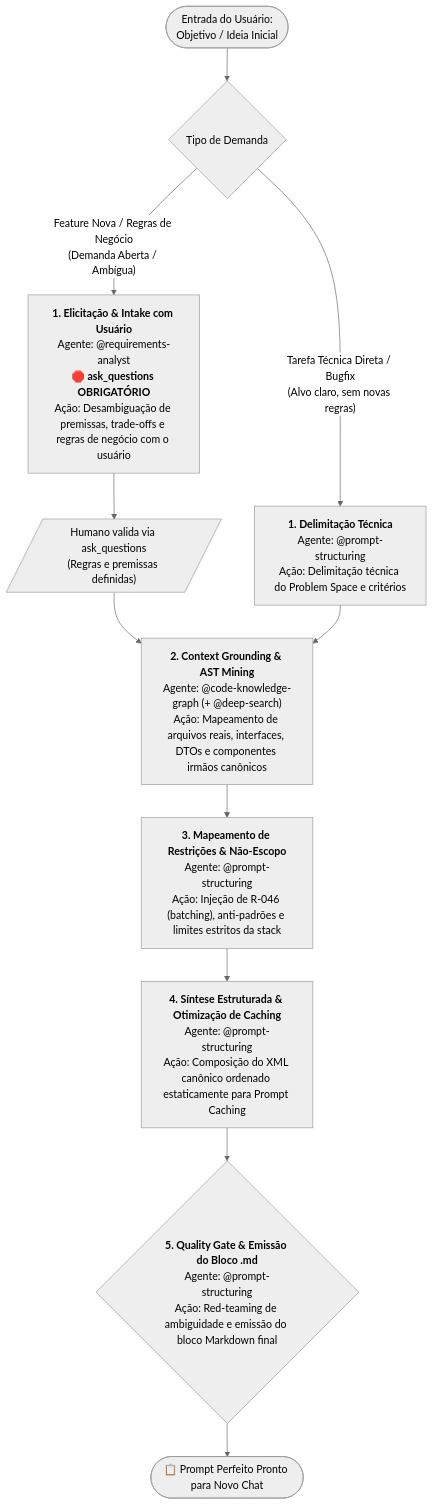
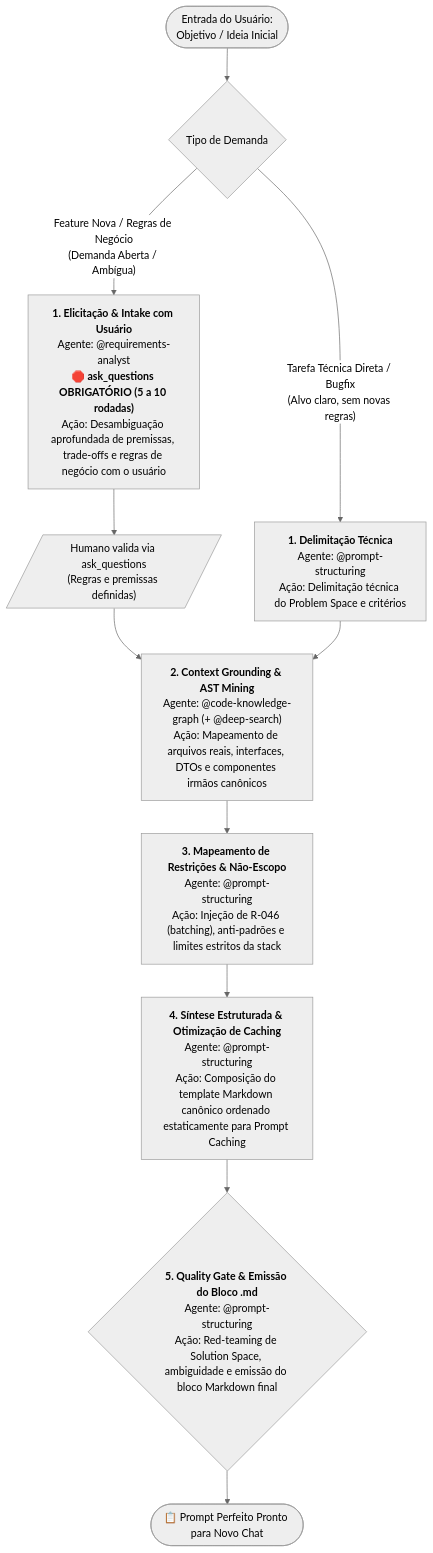
Diagram 11 of 12 in .github/agents/workflows.md (jezreel8858/deep-agents-copilot), drawn with Mermaid (neutral theme) before and after one commit. The commit also changed other lines of this file and 23 other files, not shown here.

````diff
--- a/.github/agents/workflows.md
+++ b/.github/agents/workflows.md
@@ -1030,21 +1030,21 @@
 ```mermaid
 flowchart TD
     Start(["Entrada do Usuário:<br/>Objetivo / Ideia Inicial"]) --> CheckType{"Tipo de Demanda"}
 
-    CheckType -- "Feature Nova / Regras de Negócio<br/>(Demanda Aberta / Ambígua)" --> S1_Req["<b>1. Elicitação & Intake com Usuário</b><br/>Agente: @requirements-analyst<br/>🛑 <b>ask_questions OBRIGATÓRIO</b><br/>Ação: Desambiguação de premissas, trade-offs e regras de negócio com o usuário"]
+    CheckType -- "Feature Nova / Regras de Negócio<br/>(Demanda Aberta / Ambígua)" --> S1_Req["<b>1. Elicitação & Intake com Usuário</b><br/>Agente: @requirements-analyst<br/>🛑 <b>ask_questions OBRIGATÓRIO (5 a 10 rodadas)</b><br/>Ação: Desambiguação aprofundada de premissas, trade-offs e regras de negócio com o usuário"]
 
     CheckType -- "Tarefa Técnica Direta / Bugfix<br/>(Alvo claro, sem novas regras)" --> S1_Tech["<b>1. Delimitação Técnica</b><br/>Agente: @prompt-structuring<br/>Ação: Delimitação técnica do Problem Space e critérios"]
 
     S1_Req --> UserInput[/"Humano valida via ask_questions<br/>(Regras e premissas definidas)"/]
     UserInput --> S2
 
     S1_Tech --> S2["<b>2. Context Grounding & AST Mining</b><br/>Agente: @code-knowledge-graph (+ @deep-search)<br/>Ação: Mapeamento de arquivos reais, interfaces, DTOs e componentes irmãos canônicos"]
 
     S2 --> S3["<b>3. Mapeamento de Restrições & Não-Escopo</b><br/>Agente: @prompt-structuring<br/>Ação: Injeção de R-046 (batching), anti-padrões e limites estritos da stack"]
 
-    S3 --> S4["<b>4. Síntese Estruturada & Otimização de Caching</b><br/>Agente: @prompt-structuring<br/>Ação: Composição do XML canônico ordenado estaticamente para Prompt Caching"]
+    S3 --> S4["<b>4. Síntese Estruturada & Otimização de Caching</b><br/>Agente: @prompt-structuring<br/>Ação: Composição do template Markdown canônico ordenado estaticamente para Prompt Caching"]
 
-    S4 --> S5{"<b>5. Quality Gate & Emissão do Bloco .md</b><br/>Agente: @prompt-structuring<br/>Ação: Red-teaming de ambiguidade e emissão do bloco Markdown final"}
+    S4 --> S5{"<b>5. Quality Gate & Emissão do Bloco .md</b><br/>Agente: @prompt-structuring<br/>Ação: Red-teaming de Solution Space, ambiguidade e emissão do bloco Markdown final"}
 
     S5 --> End(["📋 Prompt Perfeito Pronto para Novo Chat"])
 ```
````
